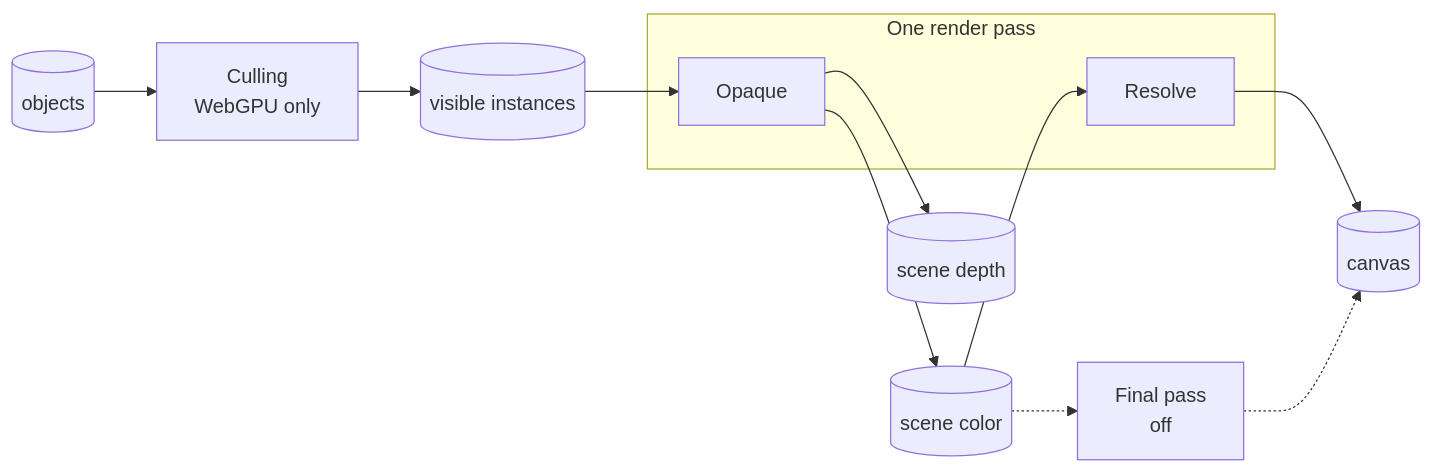
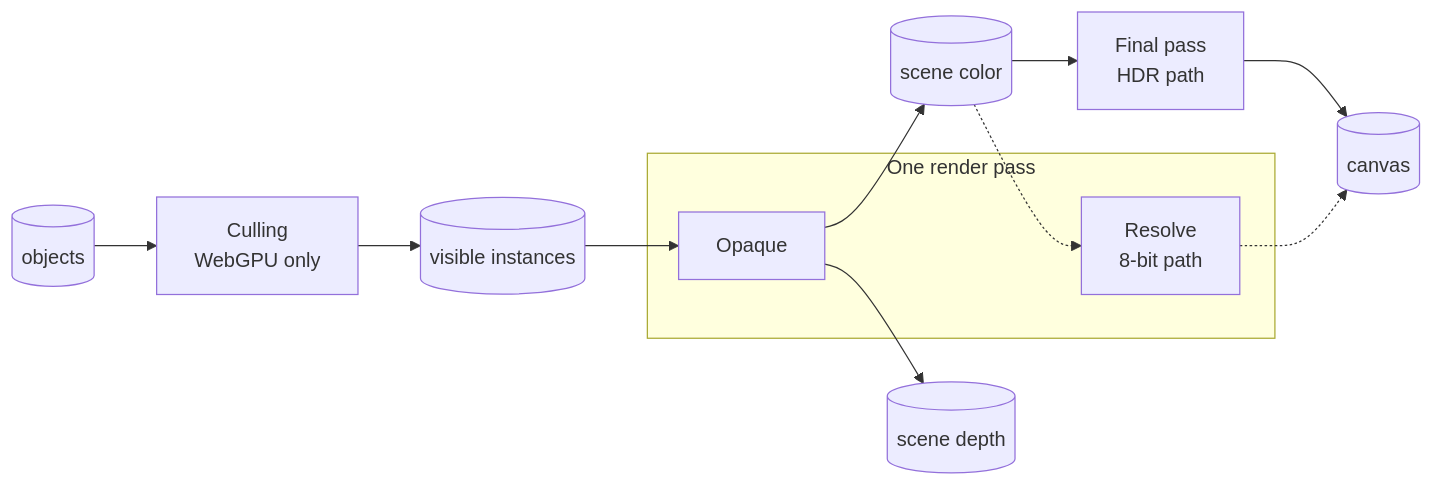
The first of 2 diagrams in docs/concepts/render-graph.md (null3d-engine/null3d), drawn with Mermaid before and after one commit. The commit also changed other lines of this file and 415 other files, not shown here.

First line of the commit message:
feat(engine): draw scene color in HDR and tone map it in a final pass (#96)

````diff
--- a/docs/concepts/render-graph.md
+++ b/docs/concepts/render-graph.md
@@ -13,13 +13,13 @@
 ```mermaid
 flowchart LR
     objects[("objects")] --> culling["Culling<br/>WebGPU only"] --> visible[("visible instances")]
     visible --> opaque
     subgraph scene["One render pass"]
         opaque["Opaque"]
-        resolve["Resolve"]
+        resolve["Resolve<br/>8-bit path"]
     end
     opaque --> color[("scene color")]
     opaque --> depth[("scene depth")]
-    color --> resolve --> canvas[("canvas")]
-    color -.-> final["Final pass<br/>off"] -.-> canvas
+    color --> final["Final pass<br/>HDR path"] --> canvas[("canvas")]
+    color -.-> resolve -.-> canvas
 ```
````
